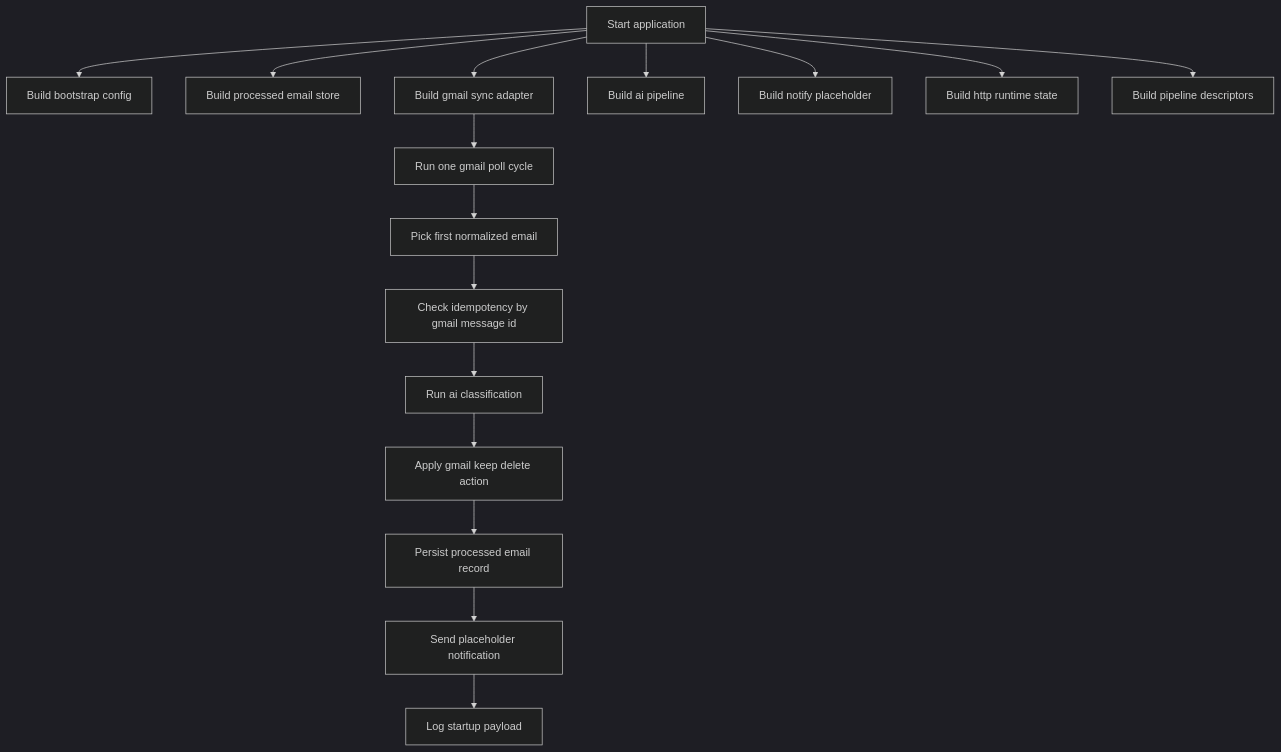
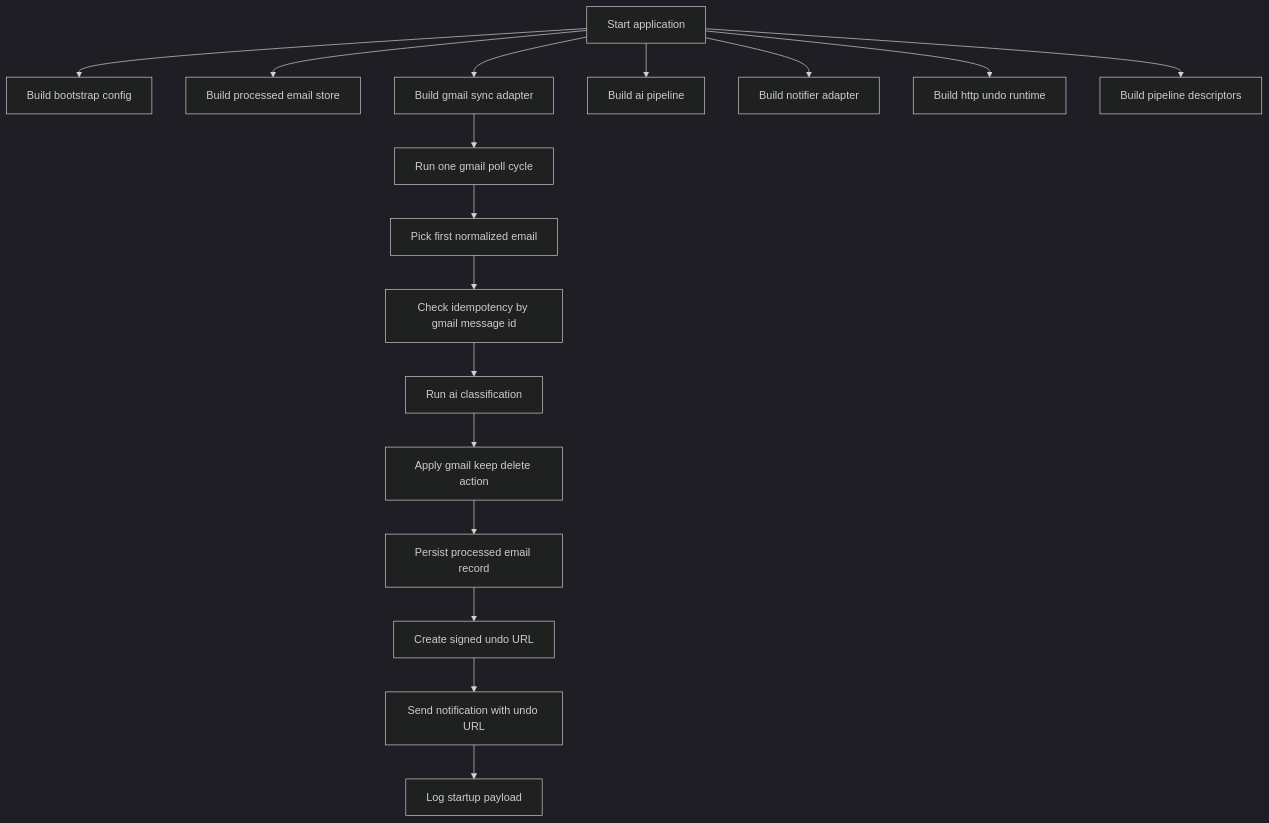
One commit to hoschi/all-personal-projects changed the sixth of 7 diagrams in apps/mail-agent/README.md. Above: the diagram before and after it, drawn with Mermaid (dark theme). The commit also changed other lines of this file and 8 other files, not shown here.

````diff
--- a/apps/mail-agent/README.md
+++ b/apps/mail-agent/README.md
@@ -237,19 +288,20 @@
 ```mermaid
 flowchart TD
   A[Start application] --> B[Build bootstrap config]
   A --> C[Build processed email store]
   A --> D[Build gmail sync adapter]
   A --> E[Build ai pipeline]
-  A --> F[Build notify placeholder]
-  A --> G[Build http runtime state]
+  A --> F[Build notifier adapter]
+  A --> G[Build http undo runtime]
   A --> H[Build pipeline descriptors]
 
   D --> I[Run one gmail poll cycle]
   I --> J[Pick first normalized email]
   J --> K[Check idempotency by gmail message id]
   K --> L[Run ai classification]
   L --> M[Apply gmail keep delete action]
   M --> N[Persist processed email record]
-  N --> O[Send placeholder notification]
-  O --> P[Log startup payload]
+  N --> O[Create signed undo URL]
+  O --> P[Send notification with undo URL]
+  P --> Q[Log startup payload]
 ```
````
